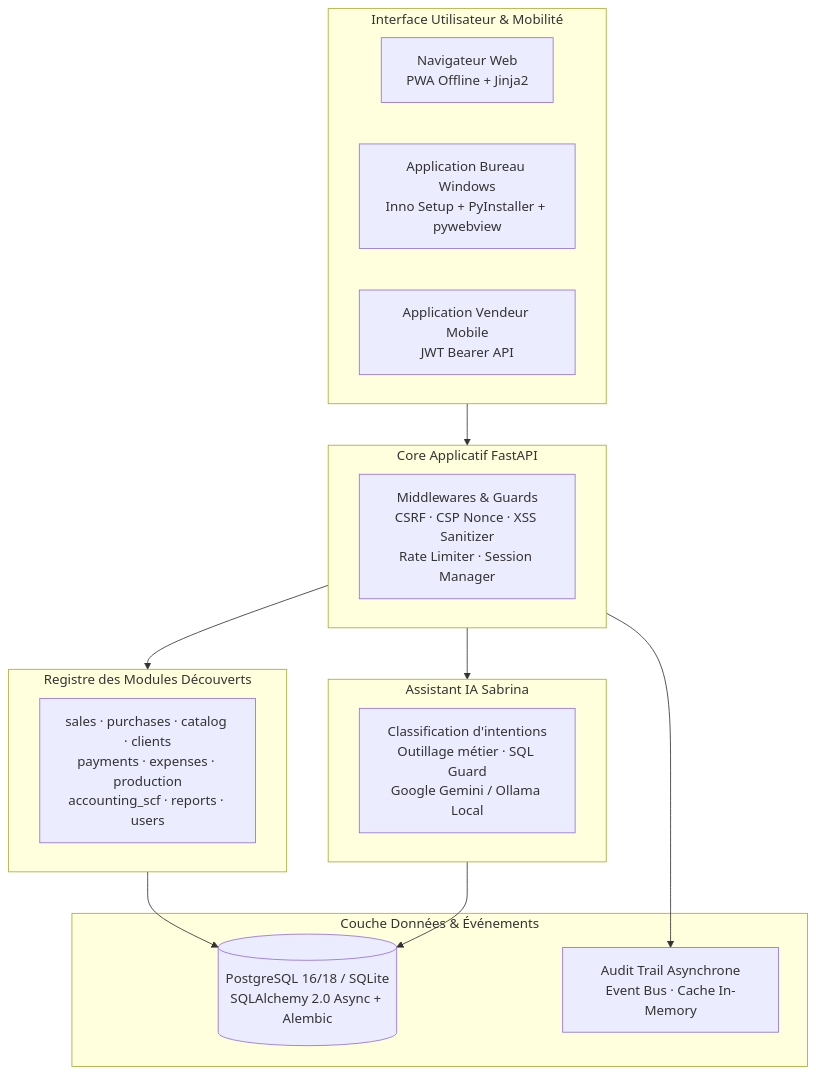
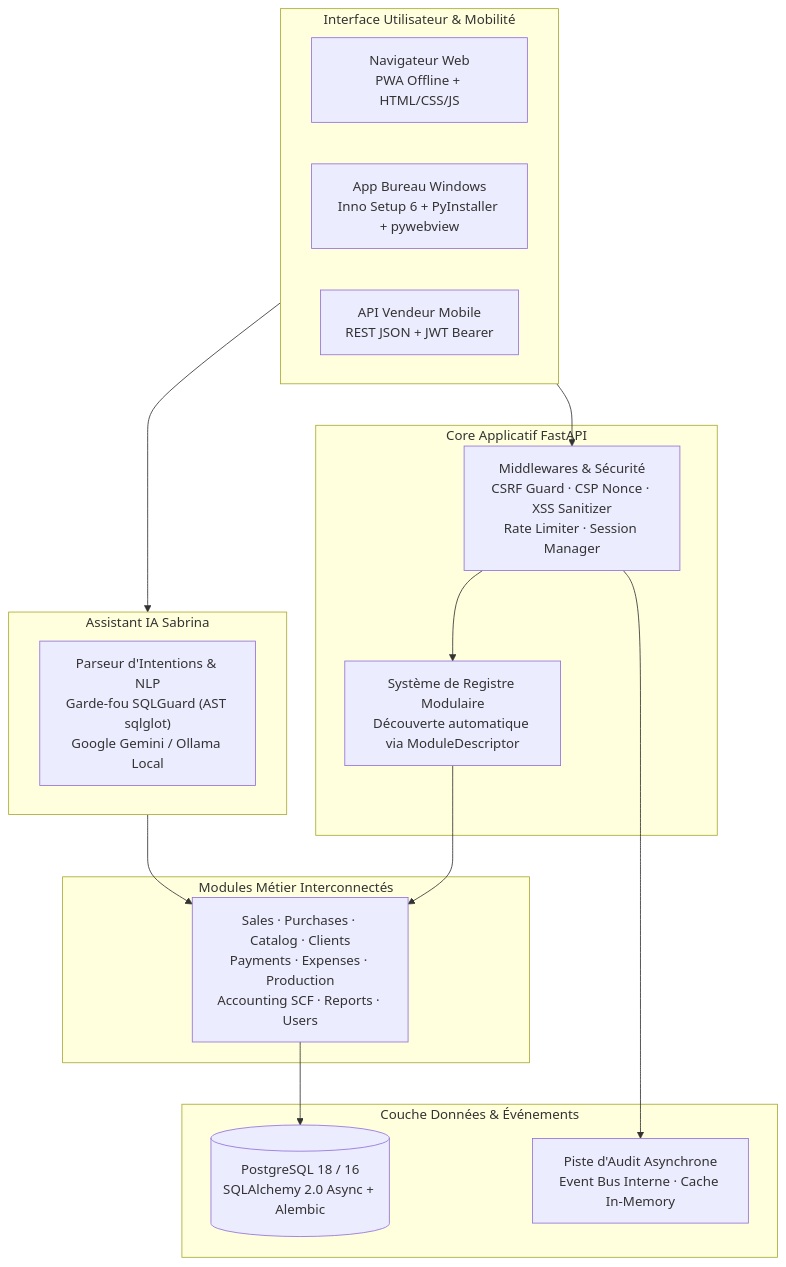
The diagram in README.md (ouanesfab-alt/FABouanes), drawn with Mermaid before and after one commit. The commit also changed other lines of this file, not shown here.

Commit message:
docs: refactorisation majeure du README.md (badges, architecture, stack, tests 253 verts)

````diff
--- a/README.md
+++ b/README.md
@@ -48,32 +54,34 @@
 ```mermaid
 flowchart TB
     subgraph Clients["Interface Utilisateur & Mobilité"]
-        WEB["Navigateur Web<br/>PWA Offline + Jinja2"]
-        DESKTOP["Application Bureau Windows<br/>Inno Setup + PyInstaller + pywebview"]
-        MOBILE["Application Vendeur Mobile<br/>JWT Bearer API"]
+        WEB["Navigateur Web<br/>PWA Offline + HTML/CSS/JS"]
+        DESKTOP["App Bureau Windows<br/>Inno Setup 6 + PyInstaller + pywebview"]
+        MOBILE["API Vendeur Mobile<br/>REST JSON + JWT Bearer"]
     end
 
     subgraph Core["Core Applicatif FastAPI"]
-        MW["Middlewares & Guards<br/>CSRF · CSP Nonce · XSS Sanitizer<br/>Rate Limiter · Session Manager"]
+        MW["Middlewares & Sécurité<br/>CSRF Guard · CSP Nonce · XSS Sanitizer<br/>Rate Limiter · Session Manager"]
+        DESCR["Système de Registre Modulaire<br/>Découverte automatique via ModuleDescriptor"]
     end
 
-    subgraph Registry["Registre des Modules Découverts"]
-        MODULES["sales · purchases · catalog · clients<br/>payments · expenses · production<br/>accounting_scf · reports · users"]
+    subgraph Registry["Modules Métier Interconnectés"]
+        MODULES["Sales · Purchases · Catalog · Clients<br/>Payments · Expenses · Production<br/>Accounting SCF · Reports · Users"]
     end
 
     subgraph Sabrina["Assistant IA Sabrina"]
-        AI["Classification d'intentions<br/>Outillage métier · SQL Guard<br/>Google Gemini / Ollama Local"]
+        AI["Parseur d'Intentions & NLP<br/>Garde-fou SQLGuard (AST sqlglot)<br/>Google Gemini / Ollama Local"]
     end
 
     subgraph Persistence["Couche Données & Événements"]
-        DB[("PostgreSQL 16/18 / SQLite<br/>SQLAlchemy 2.0 Async + Alembic")]
-        AUDIT["Audit Trail Asynchrone<br/>Event Bus · Cache In-Memory"]
+        DB[("PostgreSQL 18 / 16<br/>SQLAlchemy 2.0 Async + Alembic")]
+        AUDIT["Piste d'Audit Asynchrone<br/>Event Bus Interne · Cache In-Memory"]
     end
 
-    Clients --> Core
-    Core --> Registry
-    Core --> Sabrina
-    Registry --> DB
-    Sabrina --> DB
-    Core --> AUDIT
+    Clients --> MW
+    MW --> DESCR
+    DESCR --> MODULES
+    Clients --> Sabrina
+    Sabrina --> MODULES
+    MODULES --> DB
+    MW --> AUDIT
 ```
````
